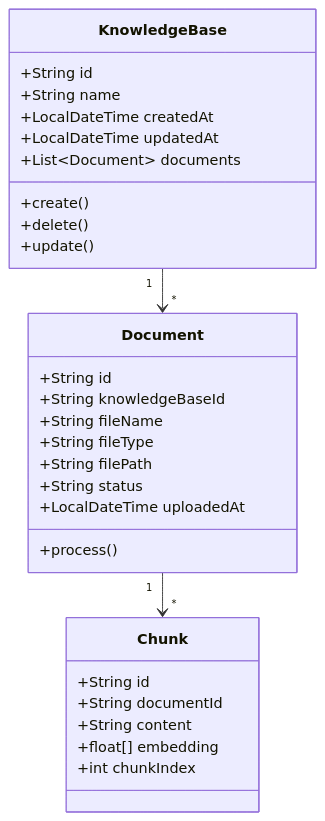
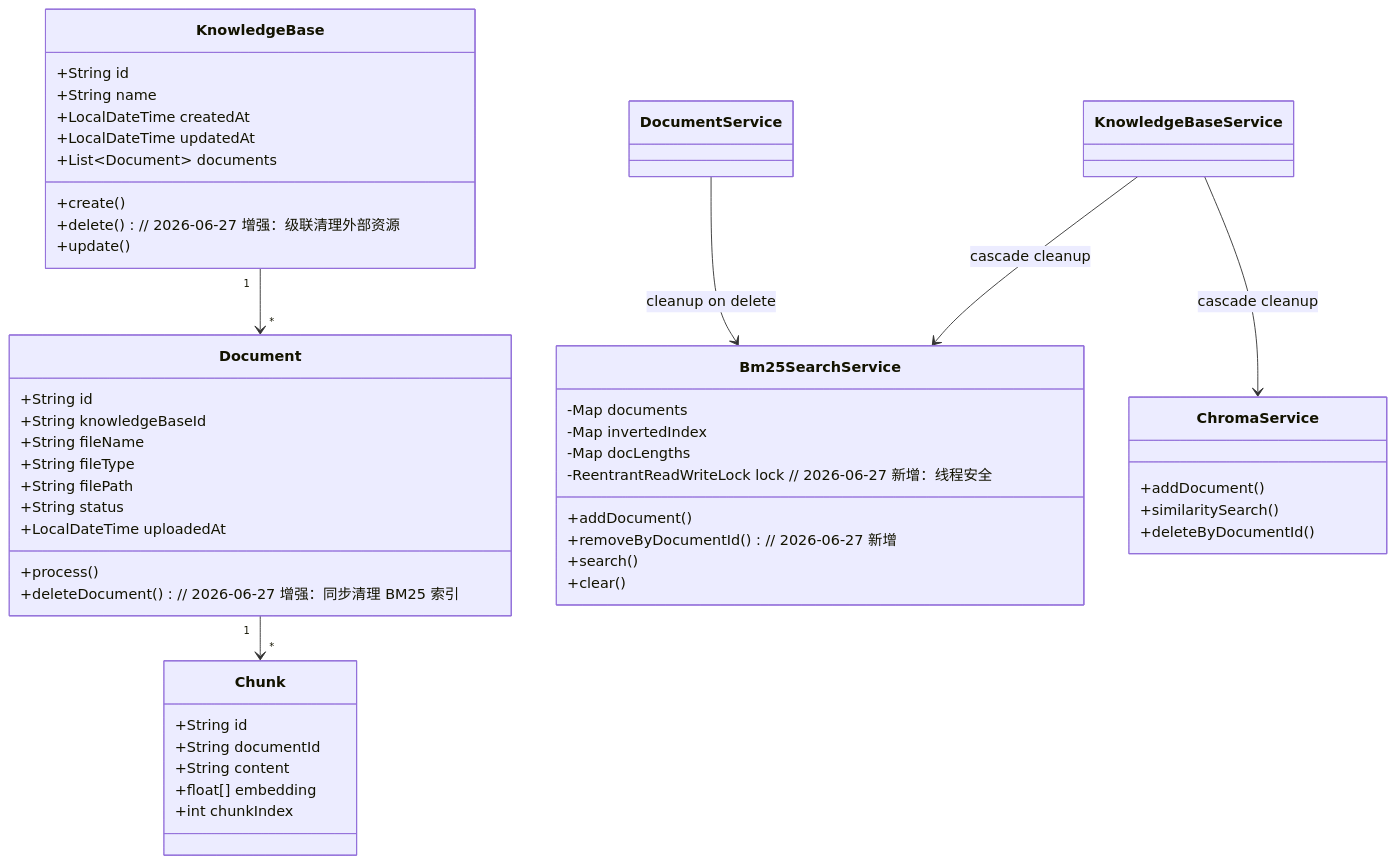
Before and after one commit to Ruadgedy/RAG-demo: the third of 13 diagrams in docs/plans/2026-03-15-rag-qa-design.md, drawn with Mermaid. The commit also changed other lines of this file and 9 other files, not shown here.

````diff
--- a/docs/plans/2026-03-15-rag-qa-design.md
+++ b/docs/plans/2026-03-15-rag-qa-design.md
@@ -120,35 +121,56 @@
 ```mermaid
 classDiagram
     class KnowledgeBase {
         +String id
         +String name
         +LocalDateTime createdAt
         +LocalDateTime updatedAt
         +List~Document~ documents
         +create()
-        +delete()
+        +delete()    // 2026-06-27 增强：级联清理外部资源
         +update()
     }
-    
+
     class Document {
         +String id
         +String knowledgeBaseId
         +String fileName
         +String fileType
         +String filePath
         +String status
         +LocalDateTime uploadedAt
         +process()
+        +deleteDocument()  // 2026-06-27 增强：同步清理 BM25 索引
     }
-    
+
     class Chunk {
         +String id
         +String documentId
         +String content
         +float[] embedding
         +int chunkIndex
     }
-    
+
+    class Bm25SearchService {
+        -Map documents
+        -Map invertedIndex
+        -Map docLengths
+        -ReentrantReadWriteLock lock  // 2026-06-27 新增：线程安全
+        +addDocument()
+        +removeByDocumentId()  // 2026-06-27 新增
+        +search()
+        +clear()
+    }
+
+    class ChromaService {
+        +addDocument()
+        +similaritySearch()
+        +deleteByDocumentId()
+    }
+
     KnowledgeBase "1" --> "*" Document
     Document "1" --> "*" Chunk
+    KnowledgeBaseService --> Bm25SearchService : cascade cleanup
+    KnowledgeBaseService --> ChromaService : cascade cleanup
+    DocumentService --> Bm25SearchService : cleanup on delete
 ```
````
